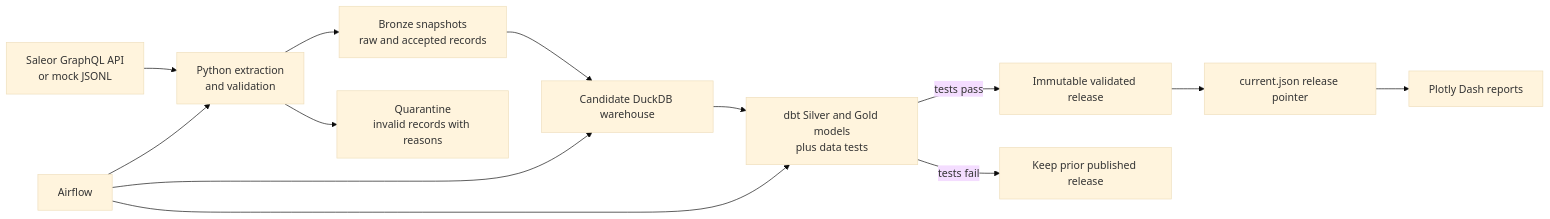
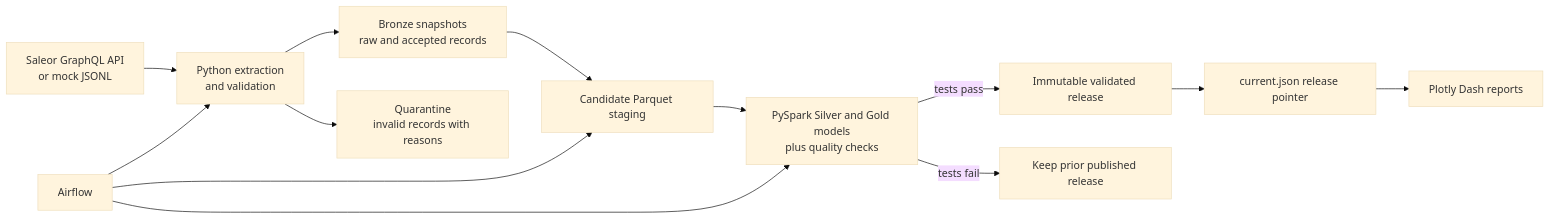
One commit to peterpanmj/gaoxin_de changed the diagram in DEMO_DESIGN.md. Above: the diagram before and after it, drawn with Mermaid (base theme). The commit also changed other lines of this file and 36 other files, not shown here.

First line of the commit message:
feat(assessment A-D): replace DuckDB/dbt analytics with PySpark Parquet releases

````diff
--- a/DEMO_DESIGN.md
+++ b/DEMO_DESIGN.md
@@ -56,15 +56,15 @@
 ```mermaid
 flowchart LR
     S[Saleor GraphQL API<br/>or mock JSONL] --> E[Python extraction<br/>and validation]
     E --> B[Bronze snapshots<br/>raw and accepted records]
     E --> Q[Quarantine<br/>invalid records with reasons]
-    B --> W[Candidate DuckDB warehouse]
-    W --> D[dbt Silver and Gold models<br/>plus data tests]
+    B --> W[Candidate Parquet staging]
+    W --> D[PySpark Silver and Gold models<br/>plus quality checks]
     D -->|tests pass| R[Immutable validated release]
     D -->|tests fail| P[Keep prior published release]
     R --> M[current.json release pointer]
     M --> H[Plotly Dash reports]
     A[Airflow] --> E
     A --> W
     A --> D
 ```
````
